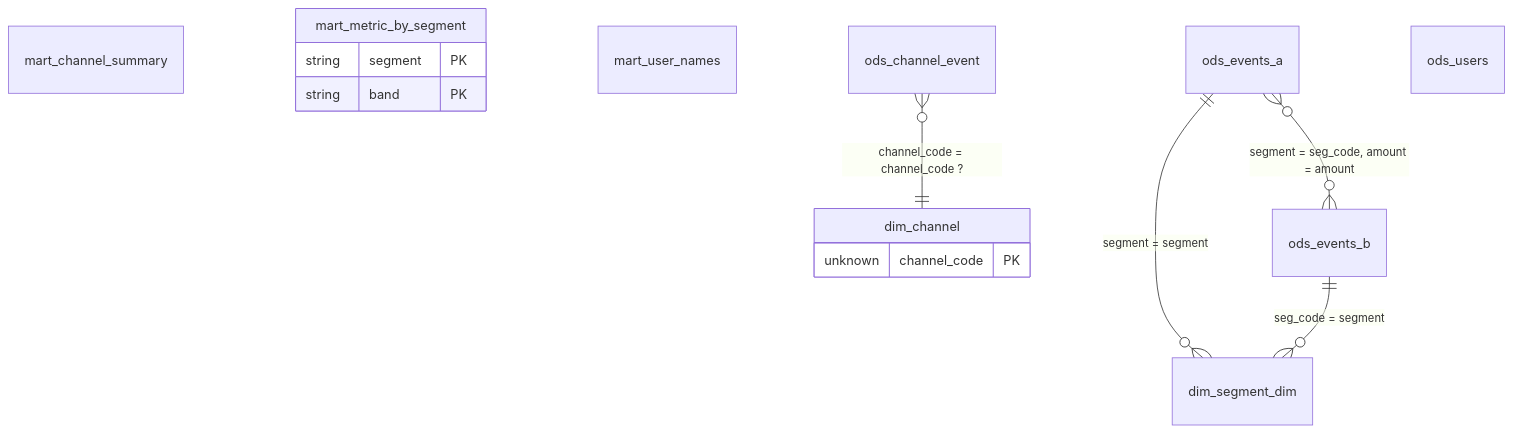
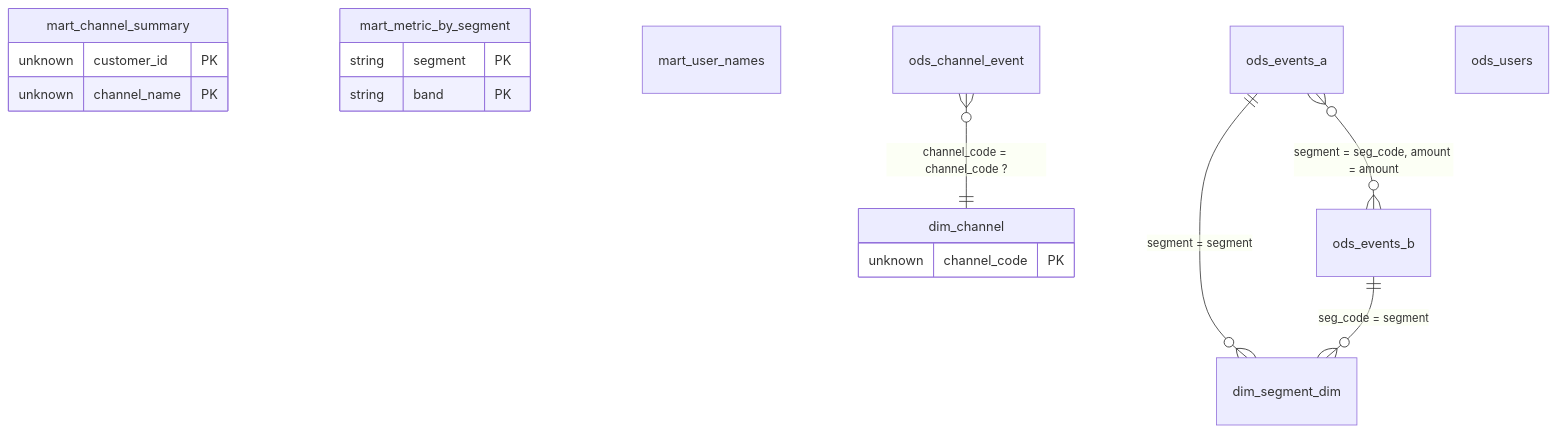
Before and after one commit to realyin/scope-lineage: the diagram in tests/core/fixtures/ontology/ontology.md, drawn with Mermaid. The commit also changed other lines of this file and 22 other files, not shown here.

````diff
--- a/tests/core/fixtures/ontology/ontology.md
+++ b/tests/core/fixtures/ontology/ontology.md
@@ -16,21 +16,24 @@
 ```mermaid
 erDiagram
     dim_channel {
         unknown channel_code PK
     }
     dim_segment_dim
-    mart_channel_summary
+    mart_channel_summary {
+        unknown customer_id PK
+        unknown channel_name PK
+    }
     mart_metric_by_segment {
         string segment PK
         string band PK
     }
     mart_user_names
     ods_channel_event
     ods_events_a
     ods_events_b
     ods_users
     ods_channel_event }o--|| dim_channel : "channel_code = channel_code ?"
     ods_events_a ||--o{ dim_segment_dim : "segment = segment"
     ods_events_a }o--o{ ods_events_b : "segment = seg_code, amount = amount"
     ods_events_b ||--o{ dim_segment_dim : "seg_code = segment"
 ```
````
